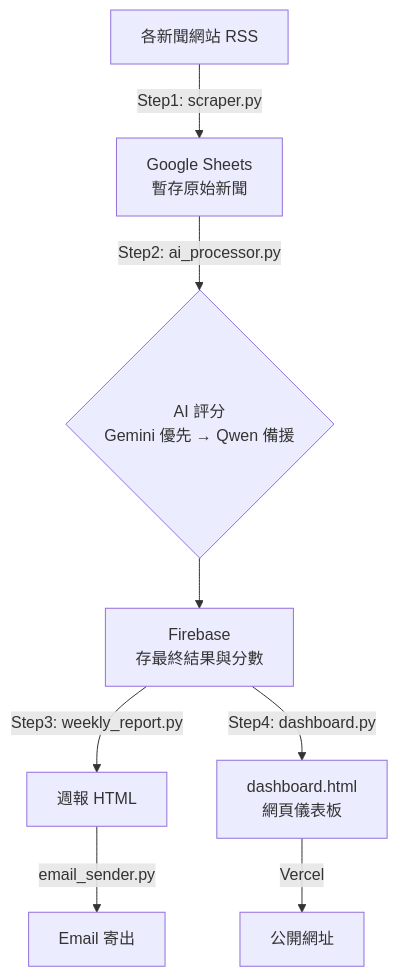
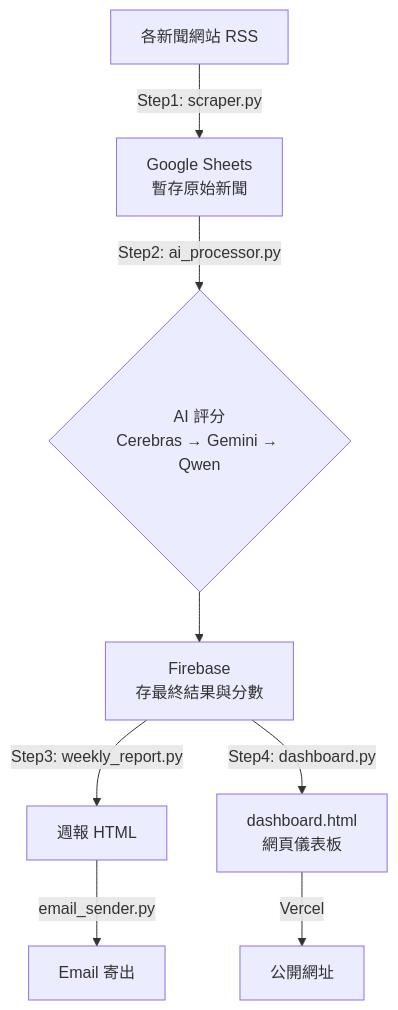
Before and after one commit to superaiformosa-sys/startup-web-scraper: the diagram in README.md, drawn with Mermaid. The commit also changed other lines of this file, not shown here.

First line of the commit message:
docs: update README for Cerebras integration and session fixes

````diff
--- a/README.md
+++ b/README.md
@@ -22,10 +22,10 @@
 ```mermaid
 flowchart TD
     A[各新聞網站 RSS] -->|Step1: scraper.py| B[Google Sheets<br/>暫存原始新聞]
-    B -->|Step2: ai_processor.py| C{AI 評分<br/>Gemini 優先 → Qwen 備援}
+    B -->|Step2: ai_processor.py| C{AI 評分<br/>Cerebras → Gemini → Qwen}
     C --> D[Firebase<br/>存最終結果與分數]
     D -->|Step3: weekly_report.py| E[週報 HTML]
     E -->|email_sender.py| F[Email 寄出]
     D -->|Step4: dashboard.py| G[dashboard.html<br/>網頁儀表板]
     G -->|Vercel| H[公開網址]
 ```
````
